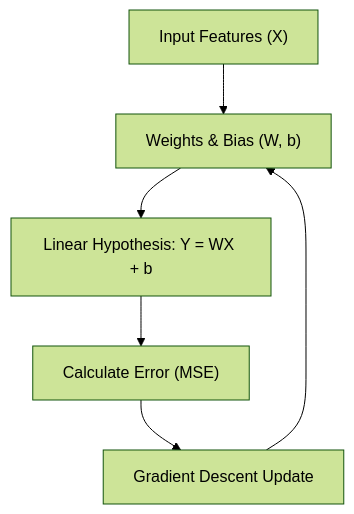
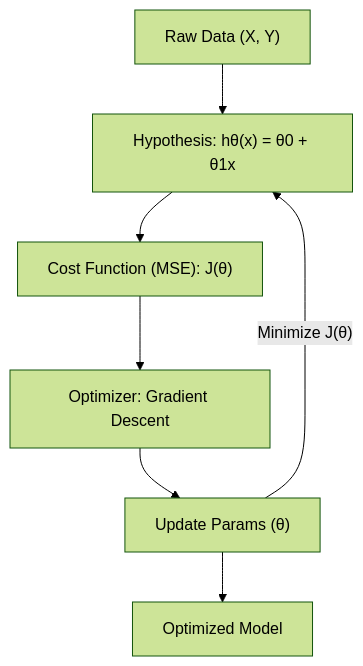
One commit to arnvG17/notes changed the third of 3 diagrams in ml lab/02-Regression/Linear-Regression.md. Above: the diagram before and after it, drawn with Mermaid (forest theme). The commit also changed other lines of this file, not shown here.

````diff
--- a/ml lab/02-Regression/Linear-Regression.md
+++ b/ml lab/02-Regression/Linear-Regression.md
@@ -7,8 +48,9 @@
 ```mermaid
 graph TD
-    A["Input Features (X)"] --> B["Weights & Bias (W, b)"]
-    B --> C["Linear Hypothesis: Y = WX + b"]
-    C --> D["Calculate Error (MSE)"]
-    D --> E["Gradient Descent Update"]
-    E --> B
+    Data["Raw Data (X, Y)"] --> Hypo["Hypothesis: hθ(x) = θ0 + θ1x"]
+    Hypo --> Cost["Cost Function (MSE): J(θ)"]
+    Cost --> Opt["Optimizer: Gradient Descent"]
+    Opt --> Update["Update Params (θ)"]
+    Update -- "Minimize J(θ)" --> Hypo
+    Update --> Final["Optimized Model"]
 ```
````
